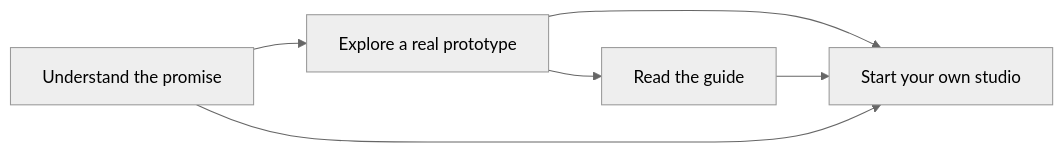
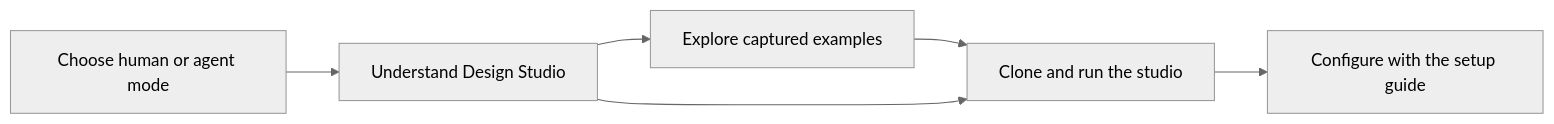
The diagram in src/prototypes/patrick/design-studio-marketing/explore/visitor-flow.mermaid (itspatmorgan/design-studio-starter), drawn with Mermaid (neutral theme) before and after one commit. The commit also changed 9 other files, not shown here.

```diff
--- a/src/prototypes/patrick/design-studio-marketing/explore/visitor-flow.mermaid
+++ b/src/prototypes/patrick/design-studio-marketing/explore/visitor-flow.mermaid
@@ -1,8 +1,8 @@
 flowchart LR
   accTitle: Design Studio marketing visitor paths
-  accDescr: A visitor understands the promise, explores the sample, and either starts a studio or reads the guide. The sample and setup remain accessible directly from the landing page.
-  A[Understand the promise] --> B[Explore a real prototype]
-  B --> C[Start your own studio]
-  B --> D[Read the guide]
-  A --> C
-  D --> C
+  accDescr: A visitor reads the introduction in human or agent mode, explores captured examples, and uses the repository and terminal commands to run a studio. The setup guide helps with configuration.
+  A[Choose human or agent mode] --> B[Understand Design Studio]
+  B --> C[Explore captured examples]
+  C --> D[Clone and run the studio]
+  B --> D
+  D --> E[Configure with the setup guide]
```
